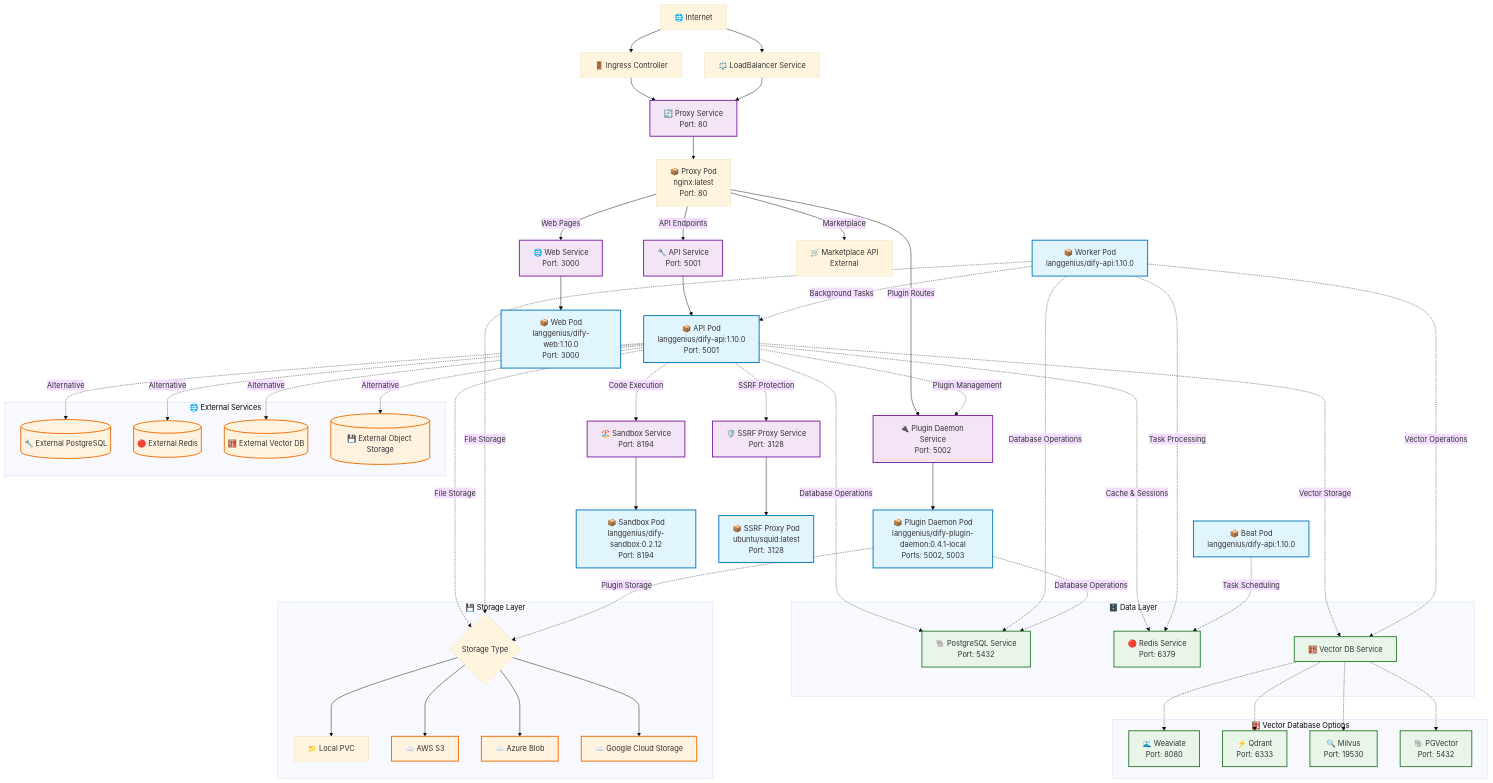
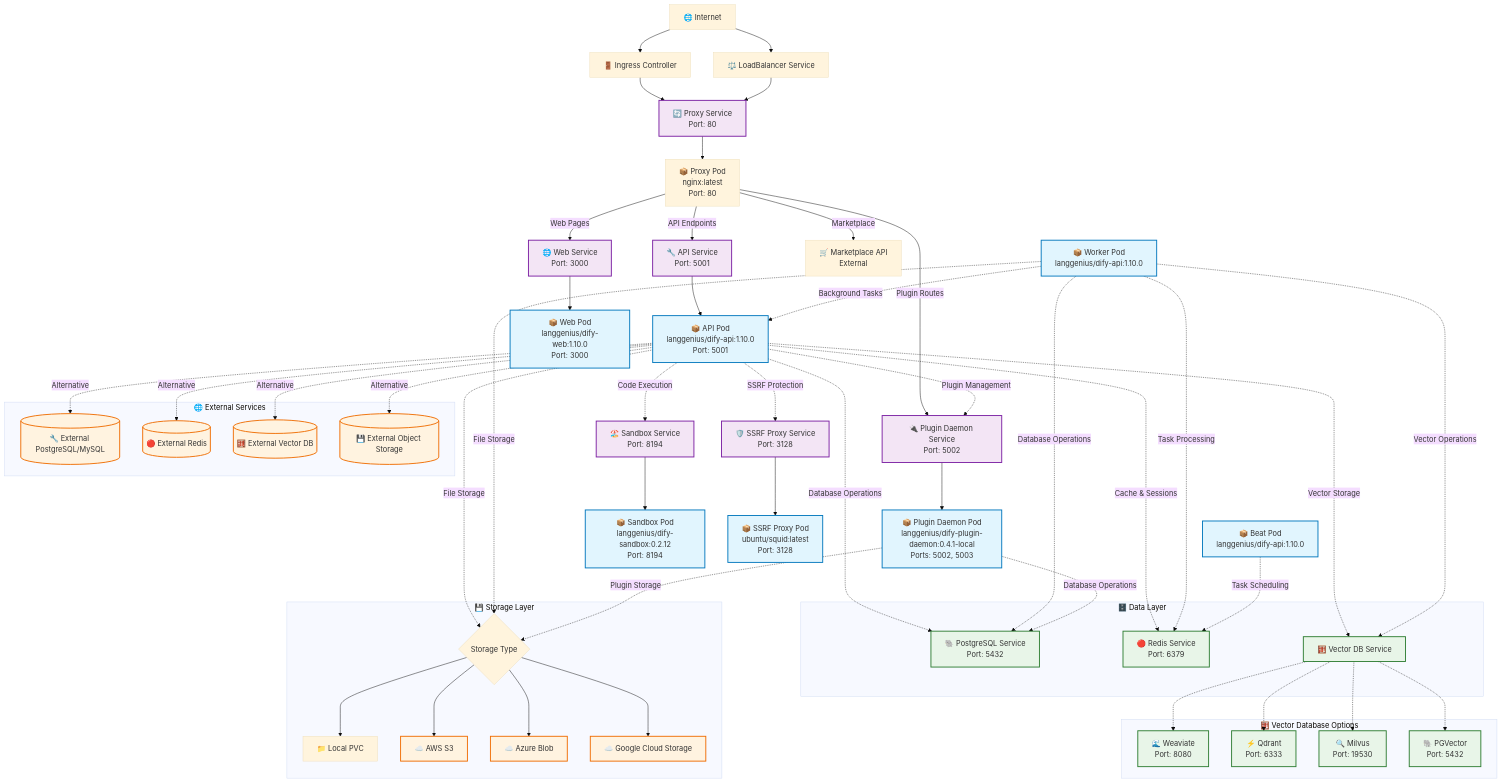
Before and after one commit to BorisPolonsky/dify-helm: the diagram in README.md, drawn with Mermaid (base theme).

Commit message:
docs: Add MySQL to mermaid diagram in README (#344)

```diff
--- a/README.md
+++ b/README.md
@@ -118,7 +118,7 @@
 
     %% External Dependencies
     subgraph ExternalServices [🌐 External Services]
-        ExternalDB[(🔧 External PostgreSQL)]
+        ExternalDB[(🔧 External PostgreSQL/MySQL)]
         ExternalRedis[(🔴 External Redis)]
         ExternalVector[(🧮 External Vector DB)]
         ExternalStorage[(💾 External Object Storage)]
```
